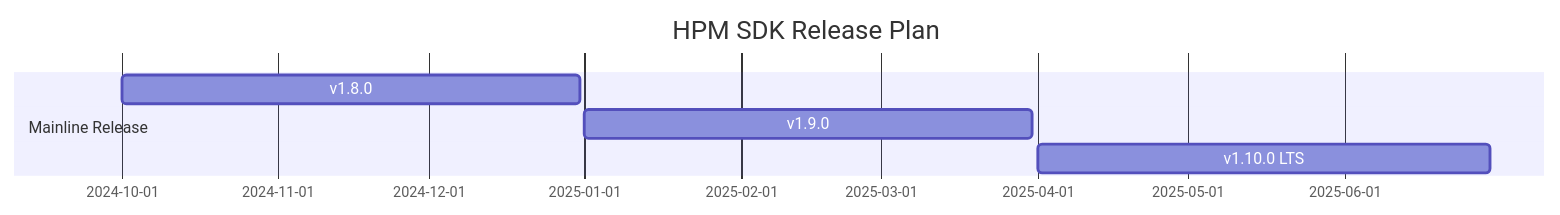
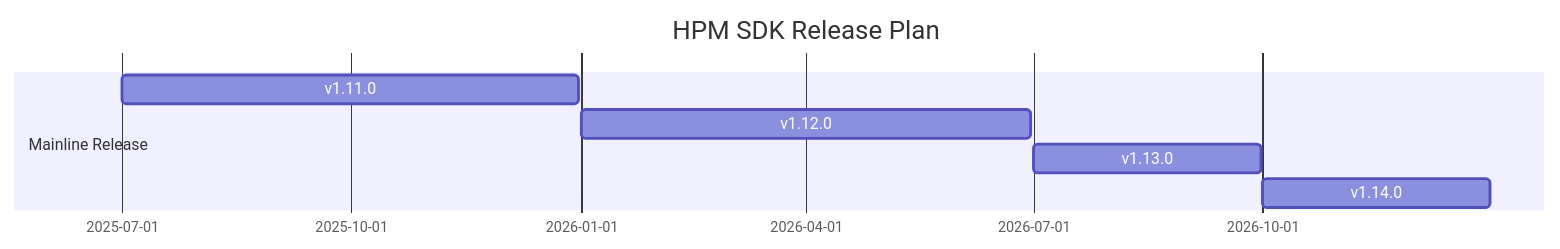
Before and after one commit to hpmicro/rtt-pkg-hpm-sdk: the diagram in README.md, drawn with Mermaid. The commit also changed 1248 other files, not shown here.

````diff
--- a/README.md
+++ b/README.md
@@ -1,9 +1,10 @@
 ``` mermaid
 gantt
     title HPM SDK Release Plan
     dateFormat  YYYY-MM-DD
     section Mainline Release
-    v1.8.0           :a1, 2024-10-01, 2024-12-31
-    v1.9.0           :a2, 2025-01-01, 2025-03-31
-    v1.10.0 LTS      :a3, 2025-04-01, 2025-06-30
+    v1.11.0          :a1, 2025-07-01, 2025-12-31
+    v1.12.0          :a2, 2026-01-01, 2026-06-30
+    v1.13.0          :a3, 2026-07-01, 2026-09-30
+    v1.14.0          :a4, 2026-10-01, 2026-12-31
 ```
````
